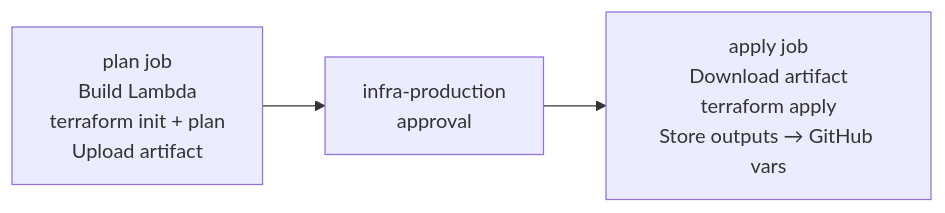
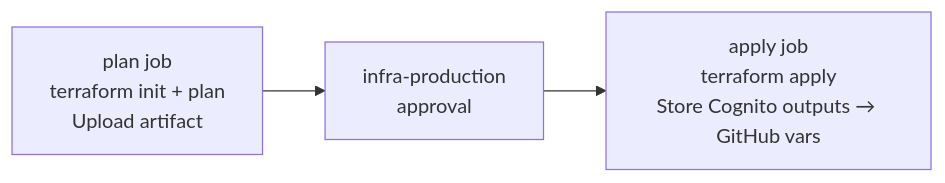
One commit to Bonae-Tech/bonae-tech changed diagram 13 of 15 in docs/architecture.md. Above: the diagram before and after it, drawn with Mermaid. The commit also changed other lines of this file and 62 other files, not shown here.

First line of the commit message:
Hybrid Cloudflare + AWS Cognito architecture (#58)

````diff
--- a/docs/architecture.md
+++ b/docs/architecture.md
@@ -395,5 +386,5 @@
 ```mermaid
 flowchart LR
-    A["plan job\nBuild Lambda\nterraform init + plan\nUpload artifact"] --> Gate["infra-production\napproval"]
-    Gate --> B["apply job\nDownload artifact\nterraform apply\nStore outputs → GitHub vars"]
+    A["plan job\nterraform init + plan\nUpload artifact"] --> Gate["infra-production\napproval"]
+    Gate --> B["apply job\nterraform apply\nStore Cognito outputs → GitHub vars"]
 ```
````
